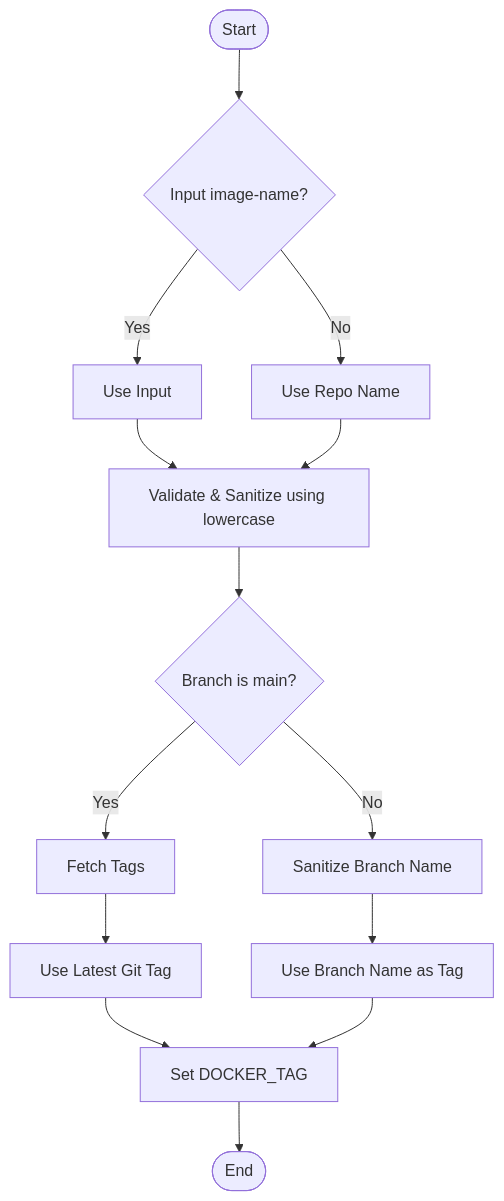
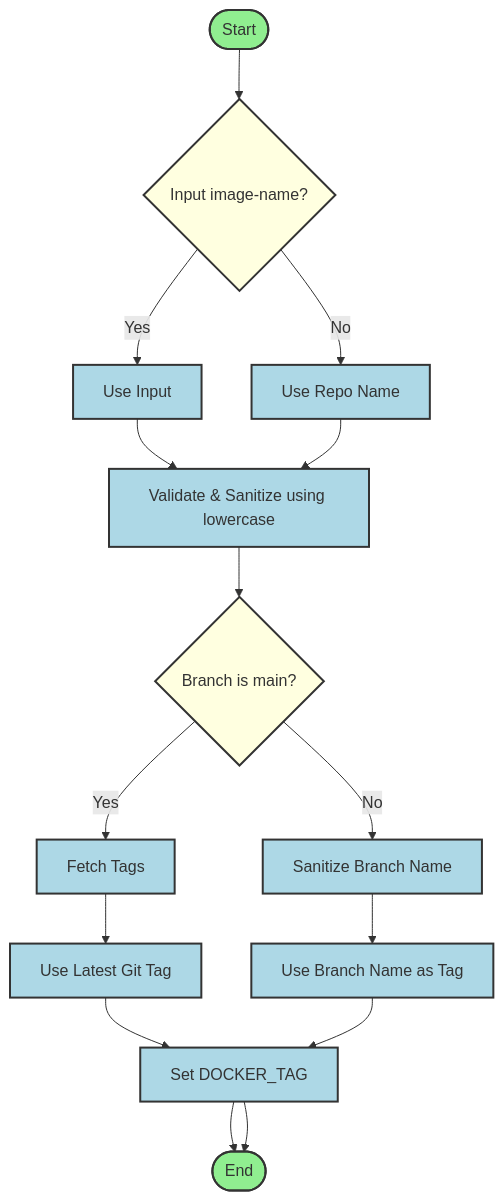
Before and after one commit to orbitcluster/oc-cicd-docker-build-workflow: the diagram in README.md, drawn with Mermaid.

Commit message:
docs: refine mermaid flowchart styling

````diff
--- a/README.md
+++ b/README.md
@@ -34,16 +34,26 @@
 ```mermaid
 flowchart TD
     Start([Start]) --> InputImage{Input image-name?}
     InputImage -- Yes --> UseInput[Use Input]
     InputImage -- No --> UseRepo[Use Repo Name]
     UseInput --> Validate[Validate & Sanitize using lowercase]
     UseRepo --> Validate
     Validate --> CheckBranch{Branch is main?}
     CheckBranch -- Yes --> FetchTags[Fetch Tags]
     FetchTags --> LatestTag[Use Latest Git Tag]
     LatestTag --> Output[Set DOCKER_TAG]
     CheckBranch -- No --> SanitizeBranch[Sanitize Branch Name]
     SanitizeBranch --> BranchTag[Use Branch Name as Tag]
     BranchTag --> Output
     Output --> End([End])
+
+    Output --> End([End])
+
+    classDef startend fill:#90EE90,stroke:#333,stroke-width:2px;
+    classDef process fill:#ADD8E6,stroke:#333,stroke-width:2px;
+    classDef decision fill:#FFFFE0,stroke:#333,stroke-width:2px;
+
+    class Start,End startend;
+    class UseInput,UseRepo,Validate,FetchTags,LatestTag,Output,SanitizeBranch,BranchTag process;
+    class InputImage,CheckBranch decision;
 ```
````
